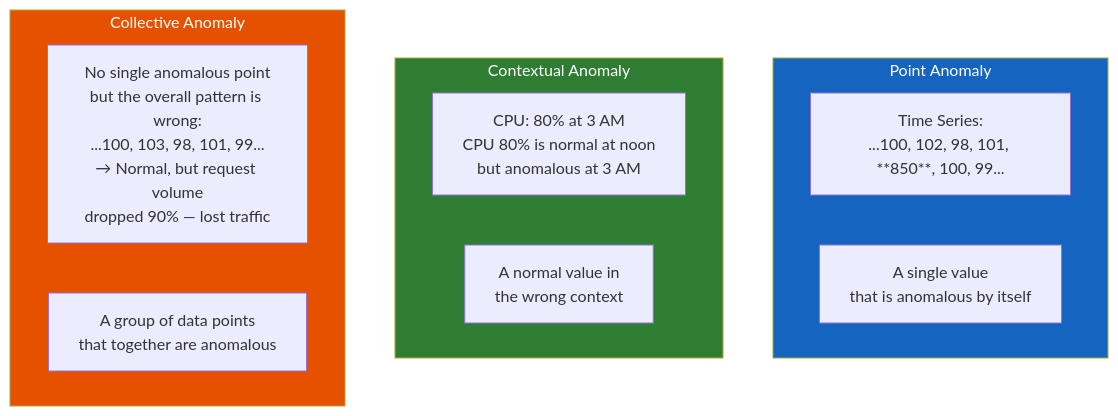
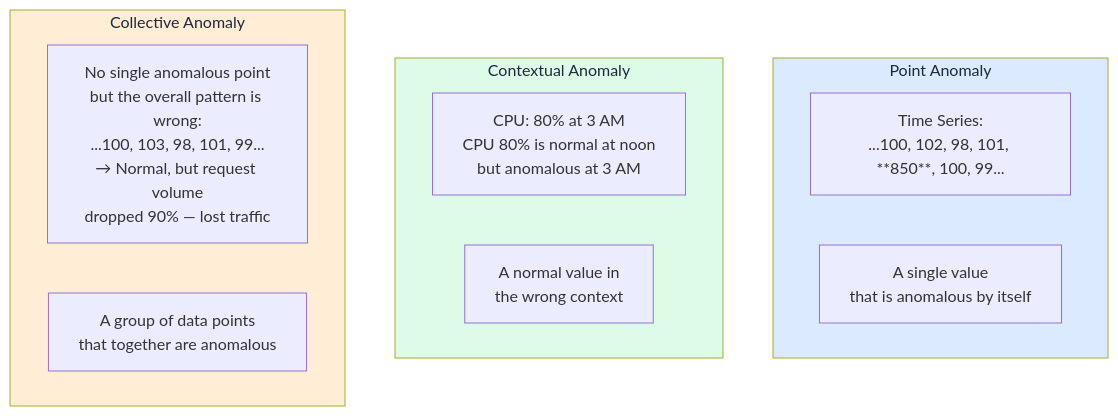
Before and after one commit to XUanhoa04/aiops-engineering-handbook: the first of 8 diagrams in docs/en/08-anomaly-detection/README.md, drawn with Mermaid. The commit also changed other lines of this file and 39 other files, not shown here.

First line of the commit message:
docs: concept-first Ch.08-12, collapse code, soft Mermaid colors

````diff
--- a/docs/en/08-anomaly-detection/README.md
+++ b/docs/en/08-anomaly-detection/README.md
@@ -78,21 +97,21 @@
 ```mermaid
 graph TD
     subgraph Point["Point Anomaly"]
         P1[Time Series:\n...100, 102, 98, 101, **850**, 100, 99...]
         P2[A single value\nthat is anomalous by itself]
     end
 
     subgraph Context["Contextual Anomaly"]
         C1[CPU: 80% at 3 AM\nCPU 80% is normal at noon\nbut anomalous at 3 AM]
         C2[A normal value in\nthe wrong context]
     end
 
     subgraph Collective["Collective Anomaly"]
         COL1[No single anomalous point\nbut the overall pattern is wrong:\n...100, 103, 98, 101, 99...\n→ Normal, but request volume\ndropped 90% — lost traffic]
         COL2[A group of data points\nthat together are anomalous]
     end
 
-    style Point fill:#1565c0,color:#fff
-    style Context fill:#2e7d32,color:#fff
-    style Collective fill:#e65100,color:#fff
+    style Point fill:#dbeafe,color:#1e293b
+    style Context fill:#dcfce7,color:#1e293b
+    style Collective fill:#ffedd5,color:#1e293b
 ```
````
